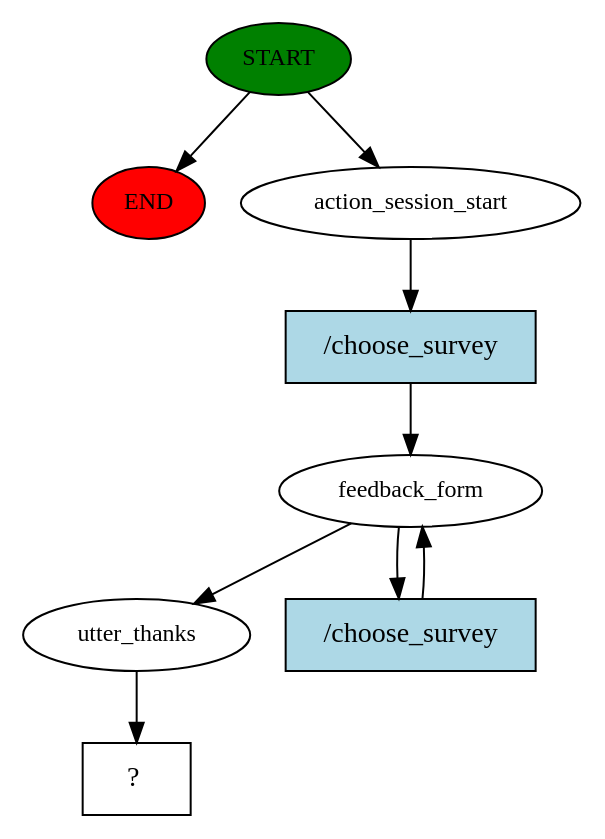
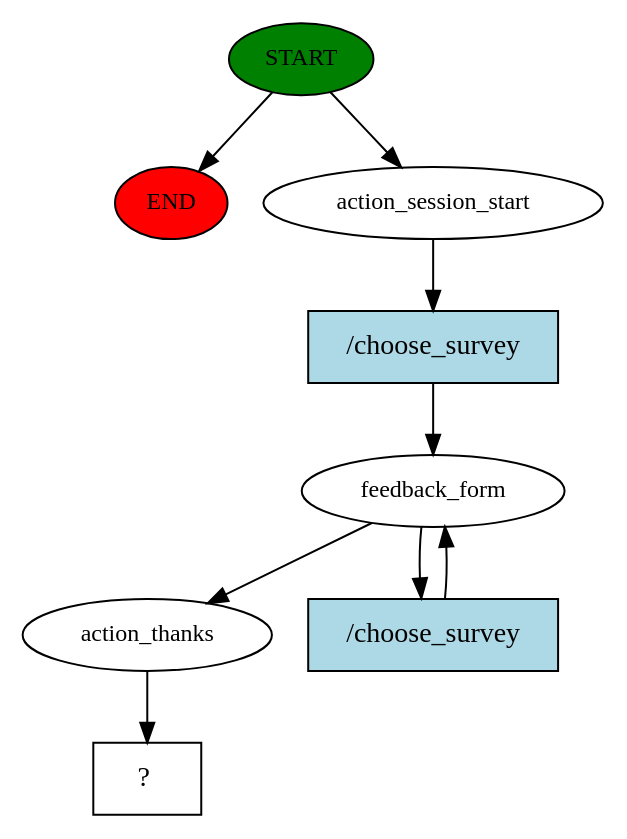
One commit to KhanhBa923/Rasa_Stock_Chatbot changed the diagram in story_graph.dot. Above: the diagram before and after it, drawn with Graphviz. The commit also changed 5 other files, not shown here.

```diff
--- a/story_graph.dot
+++ b/story_graph.dot
@@ -1,18 +1,18 @@
 digraph  {
 0 [class="start active", fillcolor=green, fontsize=12, label=START, style=filled];
 "-1" [class=end, fillcolor=red, fontsize=12, label=END, style=filled];
 1 [class=active, fontsize=12, label=action_session_start];
 2 [class=active, fontsize=12, label=feedback_form];
-6 [class=active, fontsize=12, label=utter_thanks];
+6 [class=active, fontsize=12, label=action_thanks];
 7 [class="intent dashed active", label="  ?  ", shape=rect];
 8 [class="intent active", fillcolor=lightblue, label="/choose_survey", shape=rect, style=filled];
 9 [class="intent active", fillcolor=lightblue, label="/choose_survey", shape=rect, style=filled];
 0 -> "-1"  [class="", key=NONE, label=""];
 0 -> 1  [class=active, key=NONE, label=""];
 1 -> 8  [class=active, key=0];
 2 -> 6  [class=active, key=NONE, label=""];
 2 -> 9  [class=active, key=0];
 6 -> 7  [class=active, key=NONE, label=""];
 8 -> 2  [class=active, key=0];
 9 -> 2  [class=active, key=0];
 }
```
